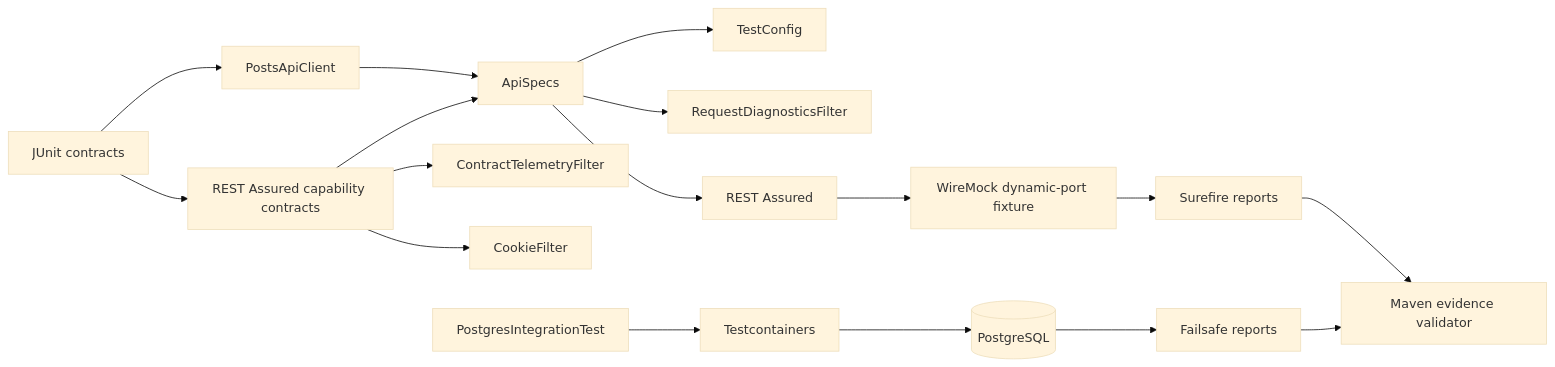
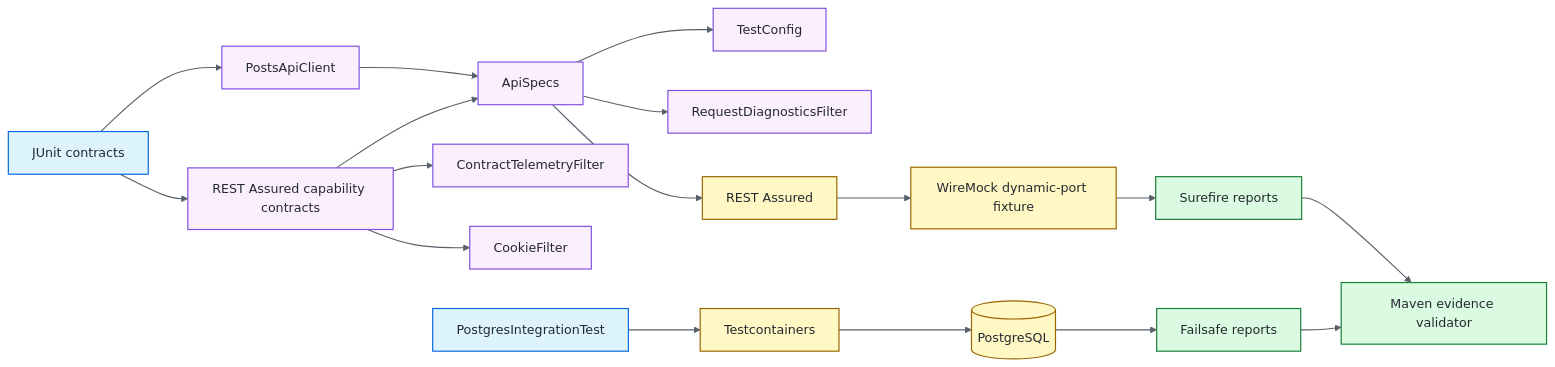
Before and after one commit to portyu9/qa-automation-java-restassured: the diagram in docs/ARCHITECTURE.md, drawn with Mermaid (base theme). The commit also changed other lines of this file, not shown here.

Commit message:
docs: color-code REST Assured architecture diagram

````diff
--- a/docs/ARCHITECTURE.md
+++ b/docs/ARCHITECTURE.md
@@ -9,21 +9,31 @@
 ```mermaid
 flowchart LR
     JUNIT[JUnit contracts] --> CLIENT[PostsApiClient]
     JUNIT --> NATIVE[REST Assured capability contracts]
     CLIENT --> SPECS[ApiSpecs]
     NATIVE --> SPECS
     SPECS --> CFG[TestConfig]
     SPECS --> DIAG[RequestDiagnosticsFilter]
     NATIVE --> TELE[ContractTelemetryFilter]
     NATIVE --> COOKIE[CookieFilter]
     SPECS --> RA[REST Assured]
     RA --> WM[WireMock dynamic-port fixture]
 
     DB[PostgresIntegrationTest] --> TC[Testcontainers]
     TC --> PG[(PostgreSQL)]
 
     WM --> SURE[Surefire reports]
     PG --> FAIL[Failsafe reports]
     SURE --> EVIDENCE[Maven evidence validator]
     FAIL --> EVIDENCE
+
+    classDef entry fill:#DDF4FF,stroke:#0969DA,color:#24292F,stroke-width:1.5px;
+    classDef policy fill:#FBEFFF,stroke:#8250DF,color:#24292F,stroke-width:1.5px;
+    classDef runtime fill:#FFF8C5,stroke:#9A6700,color:#24292F,stroke-width:1.5px;
+    classDef evidence fill:#DAFBE1,stroke:#1A7F37,color:#24292F,stroke-width:1.5px;
+    class JUNIT,DB entry;
+    class CLIENT,NATIVE,SPECS,CFG,DIAG,TELE,COOKIE policy;
+    class RA,WM,TC,PG runtime;
+    class SURE,FAIL,EVIDENCE evidence;
+    linkStyle default stroke:#57606A,stroke-width:1.4px;
 ```
````
